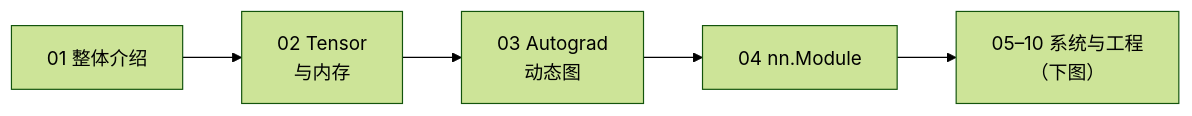
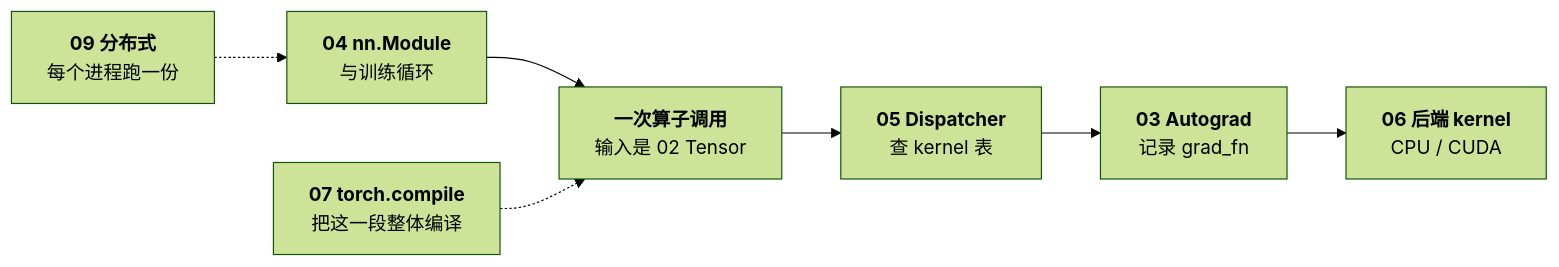
Before and after one commit to arganzheng/arganzheng.github.com: the first of 9 diagrams in slides/2026-02-26-deep-dive-into-pytorch.md, drawn with Mermaid (forest theme). The commit also changed other lines of this file and 3 other files, not shown here.

First line of the commit message:
PyTorch 系列：说明 add 示例的简化之处，去掉过时的 Java 参照，幻灯片换用内容更合适的图

````diff
--- a/slides/2026-02-26-deep-dive-into-pytorch.md
+++ b/slides/2026-02-26-deep-dive-into-pytorch.md
@@ -34,5 +34,7 @@
 ```mermaid
-%%{init: {"flowchart": {"wrappingWidth": 170}}}%%
+%%{init: {"flowchart": {"wrappingWidth": 190}}}%%
 flowchart LR
-    P1["01 整体介绍"] --> T2["02 Tensor<br/>与内存"] --> A3["03 Autograd<br/>动态图"] --> M4["04 nn.Module"] --> NX["05–10 系统与工程<br/>（下图）"]
+    M["<b>04 nn.Module</b><br/>与训练循环"] --> OP["<b>一次算子调用</b><br/>输入是 02 Tensor"] --> D["<b>05 Dispatcher</b><br/>查 kernel 表"] --> A["<b>03 Autograd</b><br/>记录 grad_fn"] --> K["<b>06 后端 kernel</b><br/>CPU / CUDA"]
+    C["<b>07 torch.compile</b><br/>把这一段整体编译"] -.-> OP
+    R["<b>09 分布式</b><br/>每个进程跑一份"] -.-> M
 ```
````
